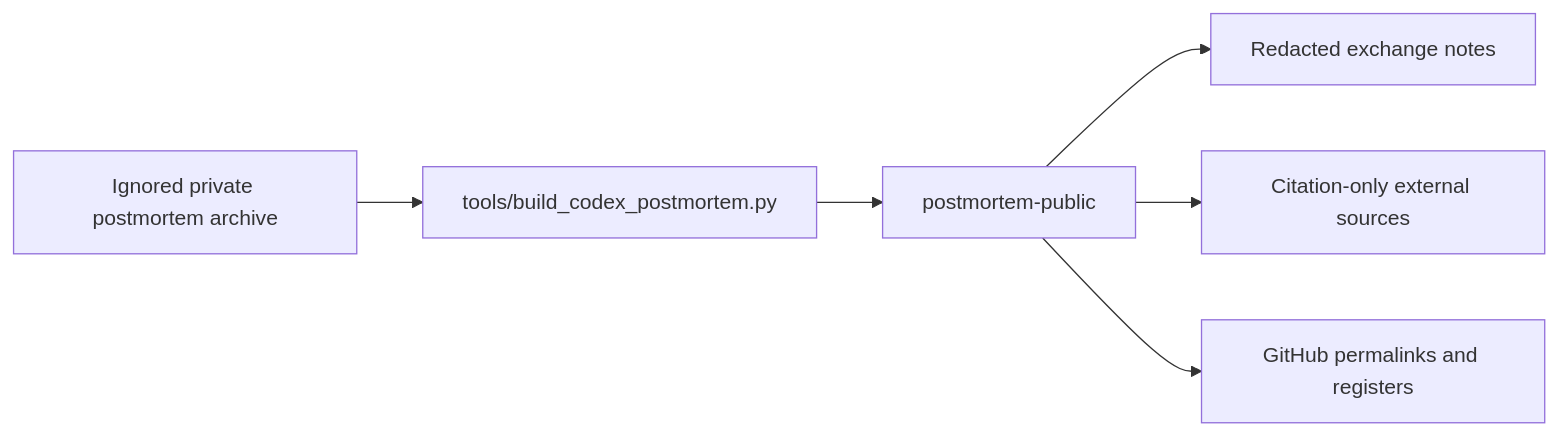
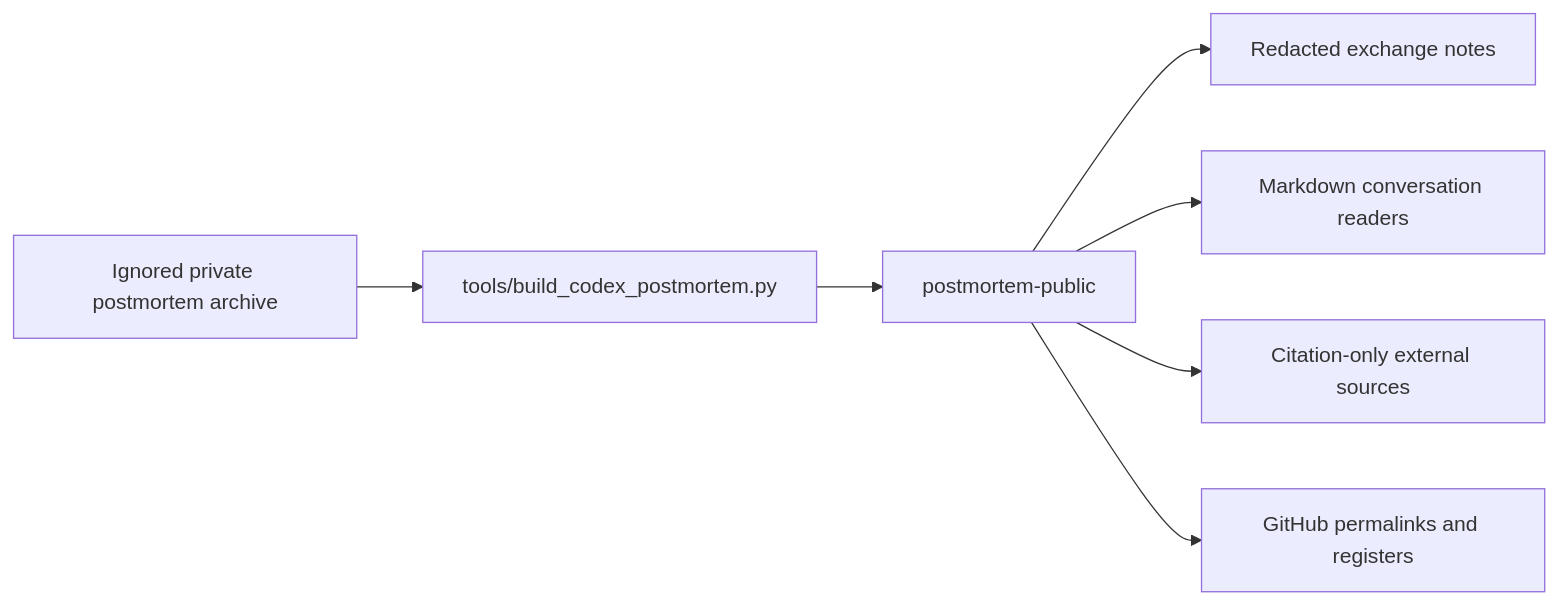
One commit to chris-page-gov/ai-engineering-lab-hackathon-london-2026 changed the diagram in postmortem-public/wiki/architecture.md. Above: the diagram before and after it, drawn with Mermaid. The commit also changed other lines of this file and 145 other files, not shown here.

Commit message:
Add postmortem conversation readers

````diff
--- a/postmortem-public/wiki/architecture.md
+++ b/postmortem-public/wiki/architecture.md
@@ -10,8 +10,9 @@
 ```mermaid
 flowchart LR
   Private["Ignored private postmortem archive"] --> Builder["tools/build_codex_postmortem.py"]
   Builder --> Public["postmortem-public"]
   Public --> Exchanges["Redacted exchange notes"]
+  Public --> Readers["Markdown conversation readers"]
   Public --> Citations["Citation-only external sources"]
   Public --> Evidence["GitHub permalinks and registers"]
 ```
````
